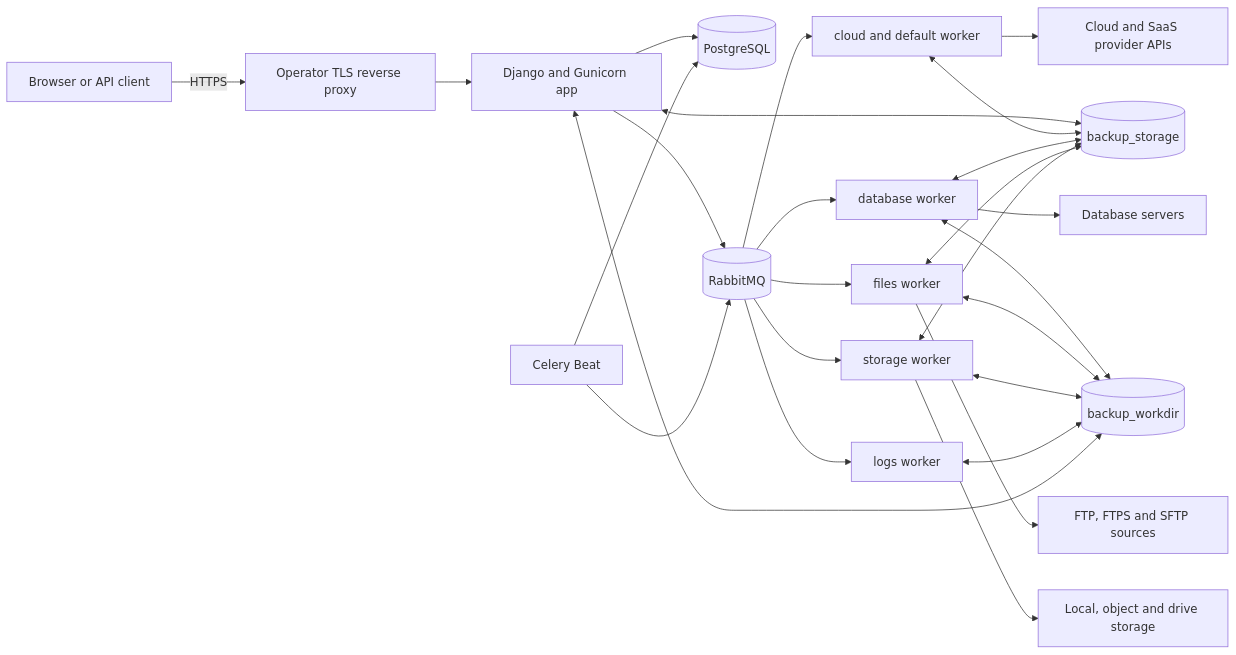
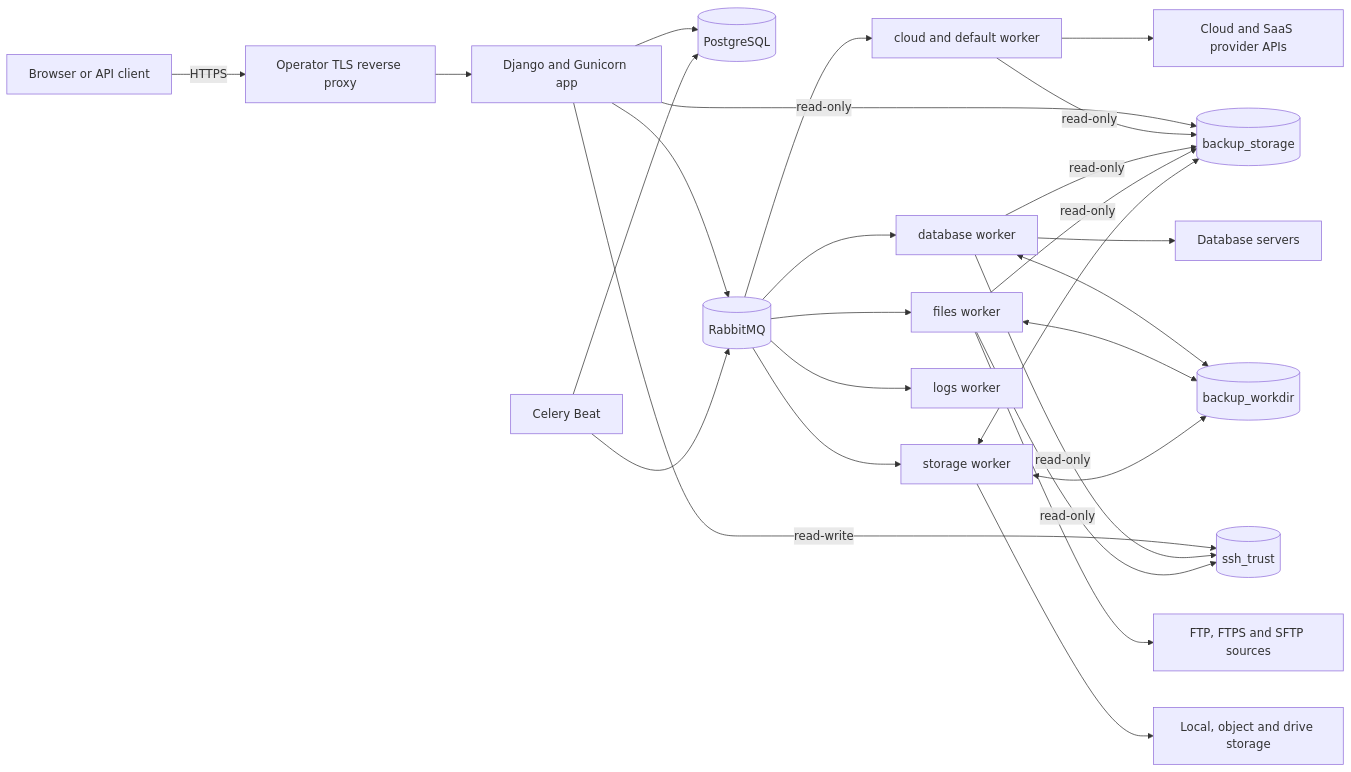
Before and after one commit to bilal414/backupsheep: the first of 2 diagrams in docs/reference/architecture.md, drawn with Mermaid. The commit also changed other lines of this file and 81 other files, not shown here.

````diff
--- a/docs/reference/architecture.md
+++ b/docs/reference/architecture.md
@@ -10,33 +10,35 @@
 ```mermaid
 flowchart LR
     User[Browser or API client] -->|HTTPS| Proxy[Operator TLS reverse proxy]
     Proxy --> App[Django and Gunicorn app]
 
     App --> DB[(PostgreSQL)]
     App --> MQ[(RabbitMQ)]
     Beat[Celery Beat] --> DB
     Beat --> MQ
 
     MQ --> Cloud[cloud and default worker]
     MQ --> Database[database worker]
     MQ --> Files[files worker]
     MQ --> Storage[storage worker]
     MQ --> Logs[logs worker]
 
     Cloud --> Providers[Cloud and SaaS provider APIs]
     Database --> Sources[Database servers]
     Files --> FileSources[FTP, FTPS and SFTP sources]
     Storage --> Destinations[Local, object and drive storage]
 
     Database <--> Work[(backup_workdir)]
     Files <--> Work
     Storage <--> Work
-    Logs <--> Work
-    App <--> Work
 
-    App <--> Local[(backup_storage)]
-    Cloud <--> Local
-    Database <--> Local
-    Files <--> Local
+    App -->|read-write| Trust[(ssh_trust)]
+    Database -->|read-only| Trust
+    Files -->|read-only| Trust
+
+    App -->|read-only| Local[(backup_storage)]
+    Cloud -->|read-only| Local
+    Database -->|read-only| Local
+    Files -->|read-only| Local
     Storage <--> Local
 ```
````
